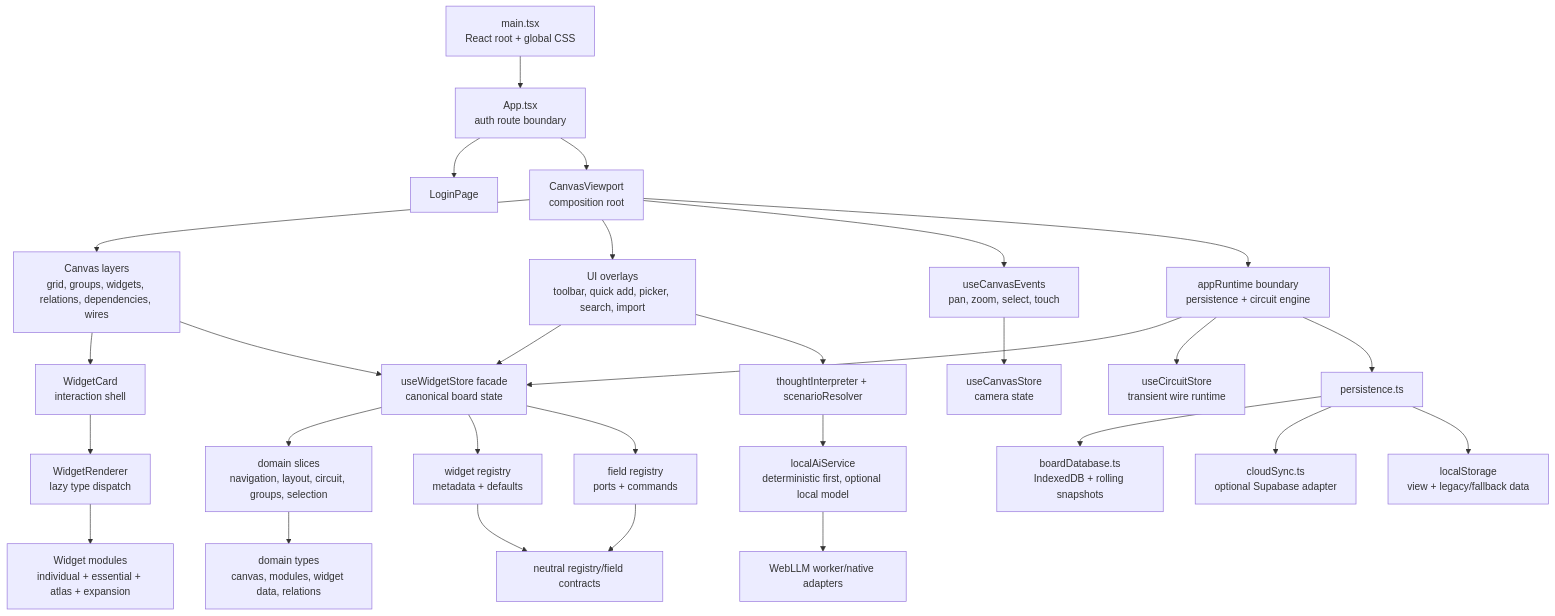
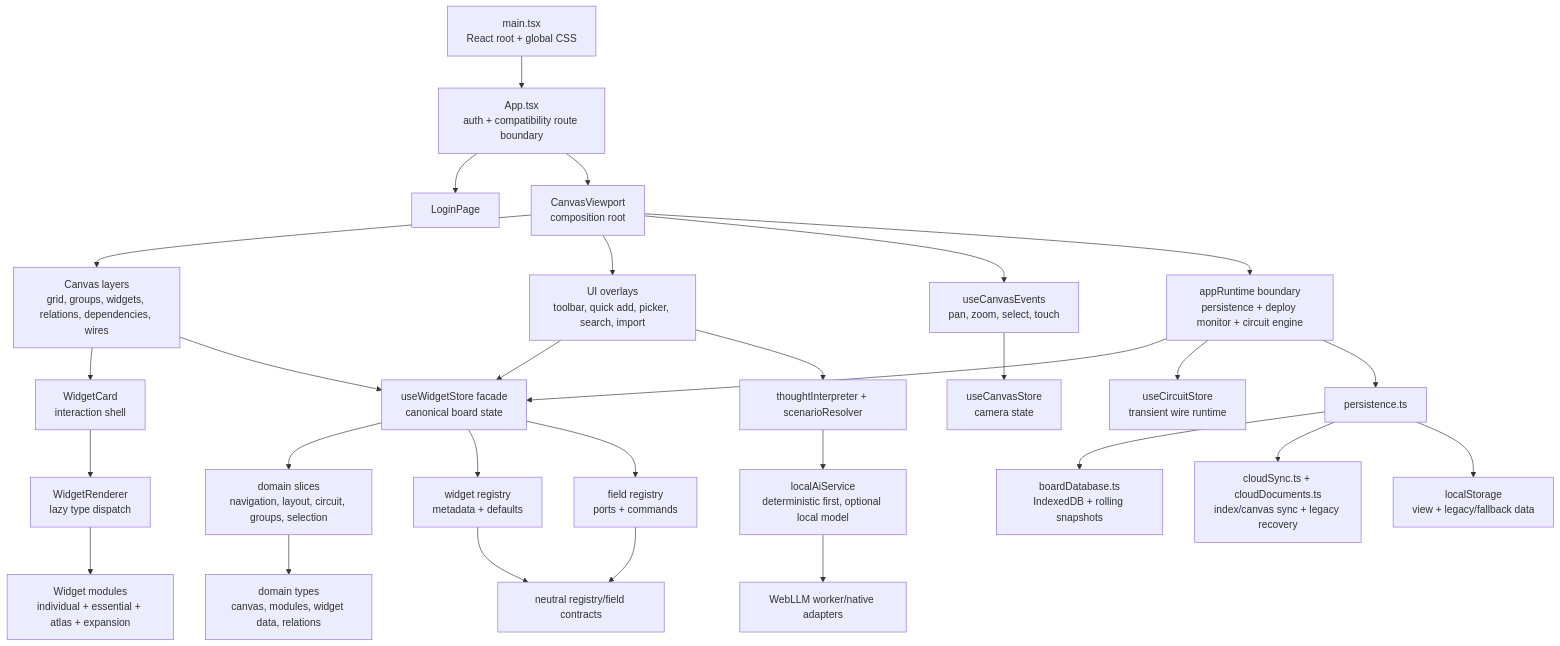
Before and after one commit to thenoodleheaded/grovepad: the first of 3 diagrams in docs/architecture-map.md, drawn with Mermaid. The commit also changed other lines of this file and 45 other files, not shown here.

````diff
--- a/docs/architecture-map.md
+++ b/docs/architecture-map.md
@@ -39,37 +39,37 @@
 ```mermaid
 flowchart TD
-  Main["main.tsx\nReact root + global CSS"] --> App["App.tsx\nauth route boundary"]
+  Main["main.tsx\nReact root + global CSS"] --> App["App.tsx\nauth + compatibility route boundary"]
   App --> Login["LoginPage"]
   App --> Canvas["CanvasViewport\ncomposition root"]
 
   Canvas --> Layers["Canvas layers\ngrid, groups, widgets, relations, dependencies, wires"]
   Canvas --> UI["UI overlays\ntoolbar, quick add, picker, search, import"]
   Canvas --> Events["useCanvasEvents\npan, zoom, select, touch"]
-  Canvas --> Runtime["appRuntime boundary\npersistence + circuit engine"]
+  Canvas --> Runtime["appRuntime boundary\npersistence + deploy monitor + circuit engine"]
 
   Layers --> WidgetCard["WidgetCard\ninteraction shell"]
   WidgetCard --> Renderer["WidgetRenderer\nlazy type dispatch"]
   Renderer --> Modules["Widget modules\nindividual + essential + atlas + expansion"]
 
   UI --> WidgetStore["useWidgetStore facade\ncanonical board state"]
   Layers --> WidgetStore
   Events --> CanvasStore["useCanvasStore\ncamera state"]
   Runtime --> WidgetStore
   Runtime --> CircuitStore["useCircuitStore\ntransient wire runtime"]
 
   WidgetStore --> Slices["domain slices\nnavigation, layout, circuit, groups, selection"]
   WidgetStore --> Registry["widget registry\nmetadata + defaults"]
   WidgetStore --> Fields["field registry\nports + commands"]
   Registry --> Contracts["neutral registry/field contracts"]
   Fields --> Contracts
   Slices --> Types["domain types\ncanvas, modules, widget data, relations"]
 
   Runtime --> Persistence["persistence.ts"]
   Persistence --> IndexedDB["boardDatabase.ts\nIndexedDB + rolling snapshots"]
-  Persistence --> Cloud["cloudSync.ts\noptional Supabase adapter"]
+  Persistence --> Cloud["cloudSync.ts + cloudDocuments.ts\nindex/canvas sync + legacy recovery"]
   Persistence --> LocalStorage["localStorage\nview + legacy/fallback data"]
 
   UI --> Thought["thoughtInterpreter + scenarioResolver"]
   Thought --> LocalAI["localAiService\ndeterministic first, optional local model"]
   LocalAI --> WebLLM["WebLLM worker/native adapters"]
 ```
````
